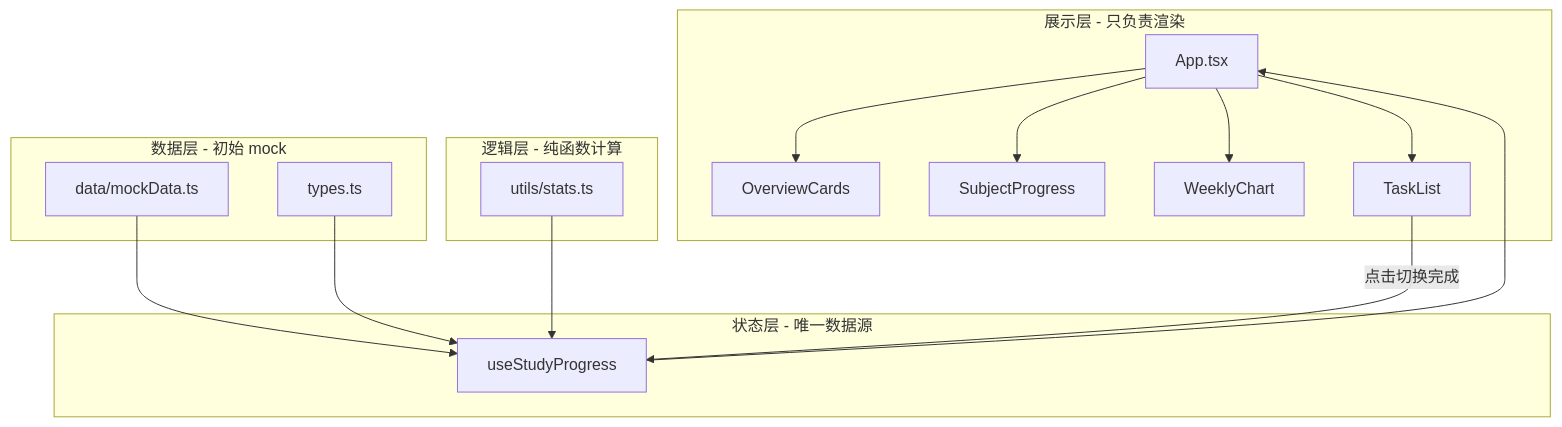
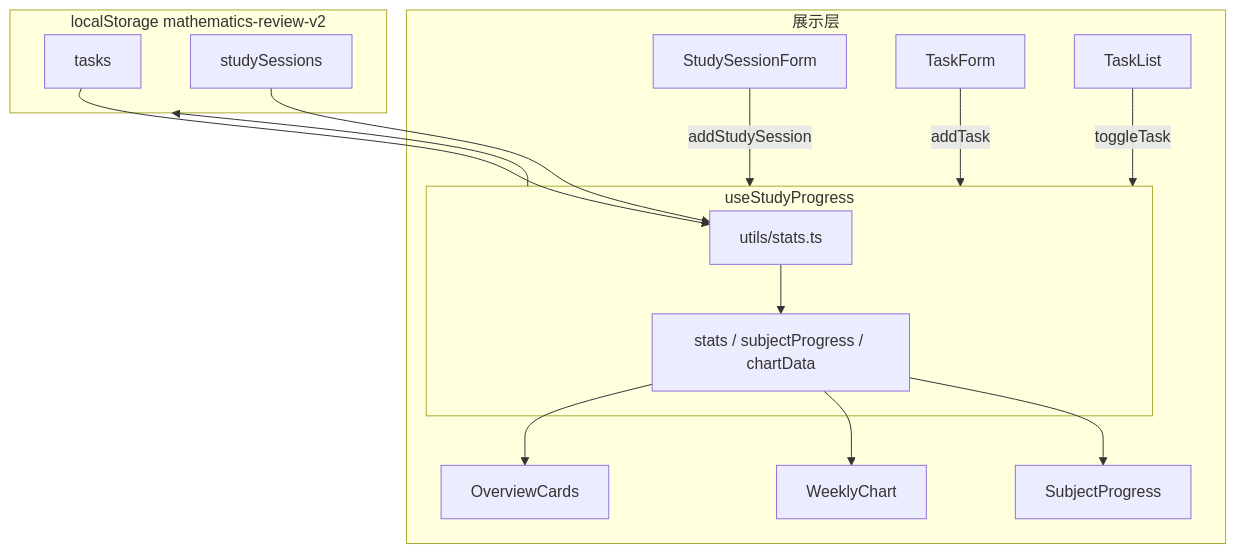
One commit to Ultramarine-1011/Mathematics_Review_Page changed the diagram in README.md. Above: the diagram before and after it, drawn with Mermaid. The commit also changed other lines of this file and 16 other files, not shown here.

Commit message:
feat: upgrade to v2 learning tracker with StudySession and localStorage

````diff
--- a/README.md
+++ b/README.md
@@ -70,33 +133,24 @@
 ```mermaid
 flowchart TB
-  subgraph view [展示层 - 只负责渲染]
-    App[App.tsx]
-    Overview[OverviewCards]
-    Subjects[SubjectProgress]
-    Chart[WeeklyChart]
-    Tasks[TaskList]
+  subgraph persist [localStorage mathematics-review-v2]
+    tasksData[tasks]
+    sessionsData[studySessions]
   end
 
-  subgraph state [状态层 - 唯一数据源]
-    Hook[useStudyProgress]
+  subgraph hook [useStudyProgress]
+    tasksData --> statsFn[utils/stats.ts]
+    sessionsData --> statsFn
+    statsFn --> derived[stats / subjectProgress / chartData]
   end
 
-  subgraph logic [逻辑层 - 纯函数计算]
-    Stats[utils/stats.ts]
+  subgraph ui [展示层]
+    SessionForm[StudySessionForm] -->|addStudySession| hook
+    TaskForm[TaskForm] -->|addTask| hook
+    TaskList[TaskList] -->|toggleTask| hook
+    derived --> Overview[OverviewCards]
+    derived --> Chart[WeeklyChart]
+    derived --> Subjects[SubjectProgress]
   end
 
-  subgraph data [数据层 - 初始 mock]
-    Mock[data/mockData.ts]
-    Types[types.ts]
-  end
-
-  Mock --> Hook
-  Types --> Hook
-  Stats --> Hook
-  Hook --> App
-  App --> Overview
-  App --> Subjects
-  App --> Chart
-  App --> Tasks
-  Tasks -->|点击切换完成| Hook
+  hook --> persist
 ```
````
